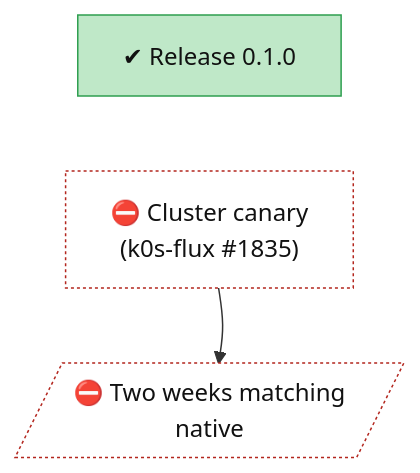
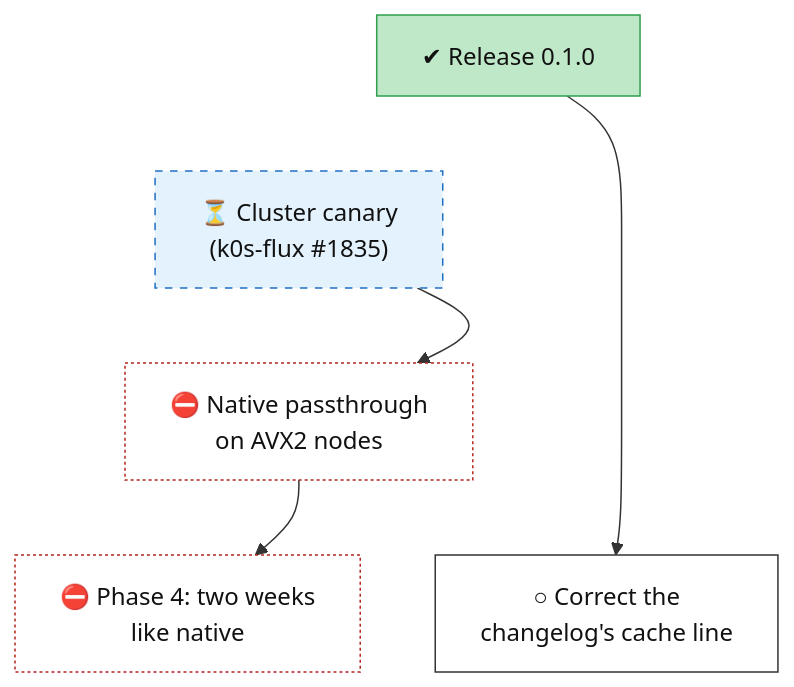
One commit to lhns/v3compat changed the diagram in docs/roadmap/tracks/prod.md. Above: the diagram before and after it, drawn with Mermaid. The commit also changed other lines of this file and 10 other files, not shown here.

First line of the commit message:
Roadmap: phase gates, forward work and an overview spine

````diff
--- a/docs/roadmap/tracks/prod.md
+++ b/docs/roadmap/tracks/prod.md
@@ -10,25 +10,33 @@
 ```mermaid
 flowchart TB
     prod_release["✔ Release 0.1.0"]
-    prod_canary["⛔ Cluster canary<br/>(k0s-flux #35;1835)"]
-    prod_two_weeks[/"⛔ Two weeks matching<br/>native"/]
+    prod_canary["⏳ Cluster canary<br/>(k0s-flux #35;1835)"]
+    prod_passthrough["⛔ Native passthrough<br/>on AVX2 nodes"]
+    prod_two_weeks["⛔ Phase 4: two weeks<br/>like native"]
+    prod_changelog_cache["○ Correct the<br/>changelog's cache line"]
     prod_release ~~~ prod_canary
-    prod_canary ~~~ prod_two_weeks
-    prod_canary --> prod_two_weeks
+    prod_canary ~~~ prod_passthrough
+    prod_passthrough ~~~ prod_two_weeks
+    prod_passthrough ~~~ prod_changelog_cache
+    prod_canary --> prod_passthrough
+    prod_passthrough --> prod_two_weeks
+    prod_release --> prod_changelog_cache
     classDef vsucc fill:#2e9e4f,stroke:#1b6b34,color:#fff
     classDef succ fill:#bfe8c8,stroke:#2e9e4f,color:#111
     classDef mixed fill:#ffd37a,stroke:#c98a00,color:#111
     classDef bad fill:#f28b82,stroke:#b3261e,color:#111
     classDef dead fill:#e6e6e6,stroke:#777,stroke-dasharray:5 5,color:#555
     classDef inprog fill:#a8cdf5,stroke:#1f6fc5,color:#111
     classDef next fill:#fff,stroke:#333,color:#111
     classDef blocked fill:#fff,stroke:#b3261e,stroke-dasharray:2 2,color:#111
     classDef parked fill:#f3f3f3,stroke:#999,color:#555
     classDef unrated fill:#fff,stroke:#333,stroke-dasharray:1 3,color:#111
     classDef gate fill:#d9c2f0,stroke:#7b3fb5,color:#111
     classDef decided fill:#ece0f7,stroke:#7b3fb5,stroke-dasharray:2 2,color:#111
     classDef finding fill:#ffe0b2,stroke:#d84315,stroke-width:2px,color:#111
     classDef waiting fill:#e3f2fd,stroke:#1f6fc5,stroke-dasharray:5 5,color:#111
     class prod_release succ
-    class prod_canary,prod_two_weeks blocked
+    class prod_canary waiting
+    class prod_passthrough,prod_two_weeks blocked
+    class prod_changelog_cache next
 ```
````
